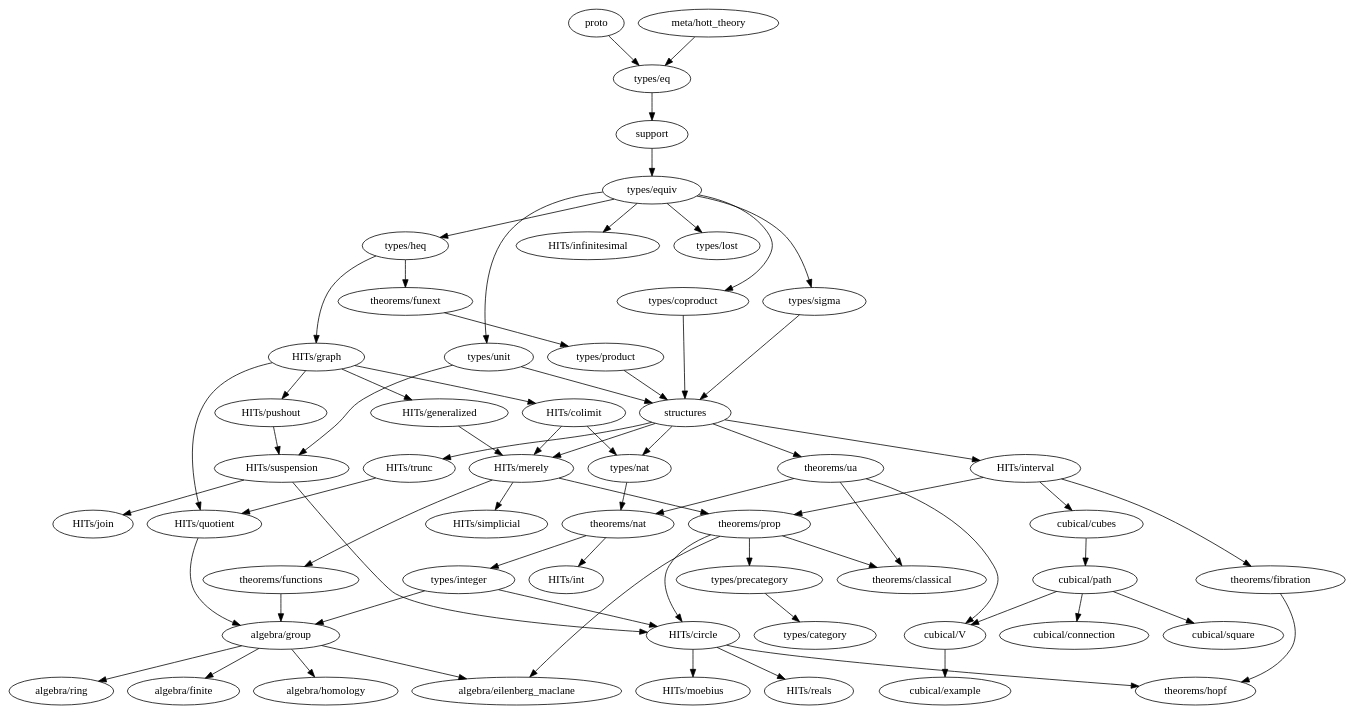
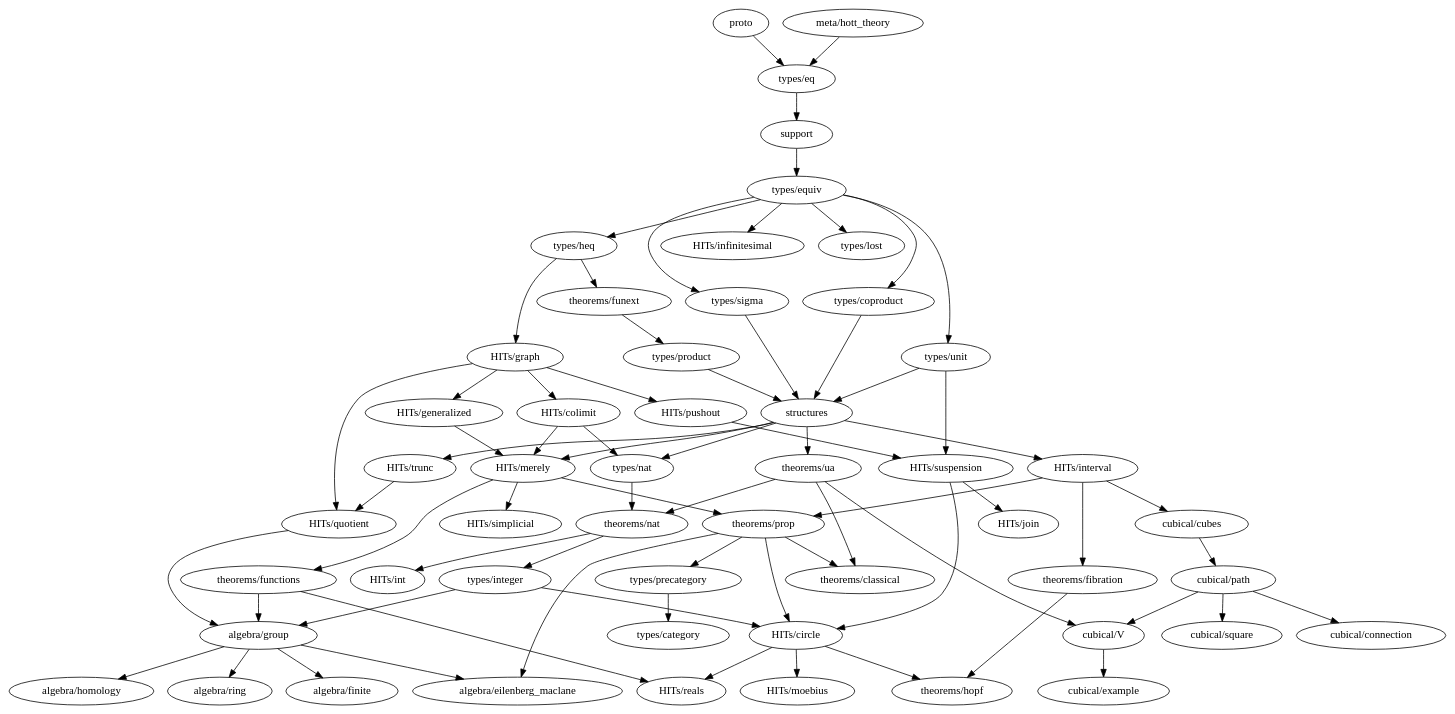
The diagram in dependency-map.gv (forked-from-1kasper/ground_zero), drawn with Graphviz before and after one commit. The commit also changed 2 other files, not shown here.

```diff
--- a/dependency-map.gv
+++ b/dependency-map.gv
@@ -1,114 +1,114 @@
 digraph dependency_map {
   proto -> "types/eq"
   "meta/hott_theory" -> "types/eq"
   support -> "types/equiv"
   structures -> {
     "HITs/interval",
     "HITs/merely",
     "HITs/trunc",
     "types/nat",
     "theorems/ua"
   }
 
   subgraph algebra {
     "algebra/eilenberg_maclane"
     "algebra/finite"
     "algebra/group" -> {
       "algebra/eilenberg_maclane",
       "algebra/finite",
       "algebra/homology",
       "algebra/ring"
     }
     "algebra/homology"
     "algebra/ring"
   }
 
   subgraph types {
     "types/category"
     "types/coproduct" -> { structures }
     "types/eq" -> { support }
     "types/equiv" -> {
       "types/heq",
       "HITs/infinitesimal",
       "types/coproduct",
       "types/lost",
       "types/unit",
       "types/sigma"
     }
     "types/heq" -> {
       "HITs/graph", "theorems/funext"
     }
     "types/integer" -> {
       "algebra/group",
       "HITs/circle"
     }
     "types/lost"
     "types/nat" -> { "theorems/nat" }
     "types/precategory" -> { "types/category" }
     "types/product" -> { structures }
     "types/sigma" -> { structures }
     "types/unit" -> { structures, "HITs/suspension" }
   }
 
   subgraph HITs {
     "HITs/circle" -> { "theorems/hopf", "HITs/moebius", "HITs/reals" }
     "HITs/colimit" -> { "HITs/merely", "types/nat" }
     "HITs/generalized" -> "HITs/merely"
     "HITs/graph" -> {
       "HITs/colimit",
       "HITs/generalized",
       "HITs/pushout",
       "HITs/quotient"
     }
     "HITs/infinitesimal"
     "HITs/interval" -> {
       "cubical/cubes",
       "theorems/prop",
       "theorems/fibration"
     }
     "HITs/join"
     "HITs/merely" -> {
       "theorems/prop",
       "HITs/simplicial",
       "theorems/functions"
     }
     "HITs/moebius"
     "HITs/pushout" -> {
       "HITs/suspension"
     }
     "HITs/quotient" -> { "algebra/group" }
     "HITs/reals"
     "HITs/simplicial"
     "HITs/suspension" -> { "HITs/circle", "HITs/join" }
     "HITs/trunc" -> { "HITs/quotient" }
   }
 
   subgraph cubical {
     "cubical/connection"
     "cubical/cubes" -> "cubical/path"
     "cubical/example"
     "cubical/path" -> {
       "cubical/square",
       "cubical/V",
       "cubical/connection"
     }
     "cubical/square"
     "cubical/V" -> { "cubical/example" }
   }
 
   subgraph theorems {
     "theorems/classical"
     "theorems/fibration" -> { "theorems/hopf" }
-    "theorems/functions" -> { "algebra/group" }
+    "theorems/functions" -> { "HITs/reals", "algebra/group" }
     "theorems/funext" -> { "types/product" }
     "theorems/hopf"
     "theorems/nat" -> { "HITs/int", "types/integer" }
     "theorems/prop" -> {
       "algebra/eilenberg_maclane",
       "HITs/circle",
       "types/precategory",
       "theorems/classical"
     }
     "theorems/ua" -> { "theorems/classical", "theorems/nat", "cubical/V" }
   }
 }
```
